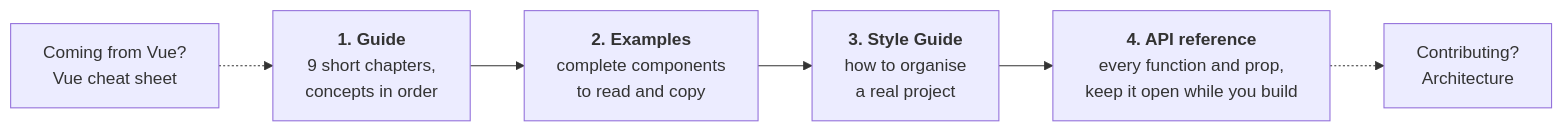
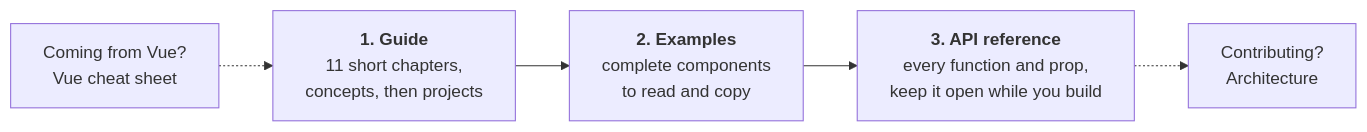
The diagram in docs/README.md (linhisreal/Rivue), drawn with Mermaid before and after one commit. The commit also changed other lines of this file and 16 other files, not shown here.

````diff
--- a/docs/README.md
+++ b/docs/README.md
@@ -7,8 +7,7 @@
 ```mermaid
 flowchart LR
-    G["<b>1. Guide</b><br/>9 short chapters,<br/>concepts in order"] --> E["<b>2. Examples</b><br/>complete components<br/>to read and copy"]
-    E --> S["<b>3. Style Guide</b><br/>how to organise<br/>a real project"]
-    S --> A["<b>4. API reference</b><br/>every function and prop,<br/>keep it open while you build"]
+    G["<b>1. Guide</b><br/>11 short chapters,<br/>concepts, then projects"] --> E["<b>2. Examples</b><br/>complete components<br/>to read and copy"]
+    E --> A["<b>3. API reference</b><br/>every function and prop,<br/>keep it open while you build"]
     V["Coming from Vue?<br/>Vue cheat sheet"] -.-> G
     A -.-> R["Contributing?<br/>Architecture"]
 ```
````
